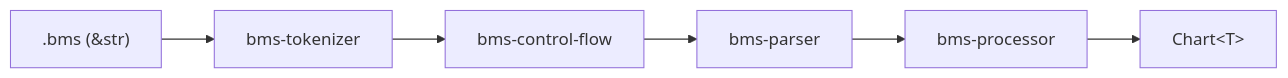
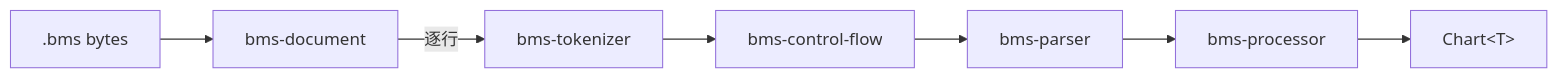
Before and after one commit to brightmeows/bmsrs: the diagram in bms/AGENTS.md, drawn with Mermaid. The commit also changed other lines of this file and 33 other files, not shown here.

````diff
--- a/bms/AGENTS.md
+++ b/bms/AGENTS.md
@@ -9,8 +9,9 @@
 ```mermaid
 flowchart LR
-    Raw[".bms (&str)"] --> Tok[bms-tokenizer]
+    Raw[".bms bytes"] --> Doc[bms-document]
+    Doc -->|逐行| Tok[bms-tokenizer]
     Tok --> CF[bms-control-flow]
     CF --> Par[bms-parser]
     Par --> Proc[bms-processor]
     Proc --> Chart["Chart&lt;T&gt;"]
 ```
````
